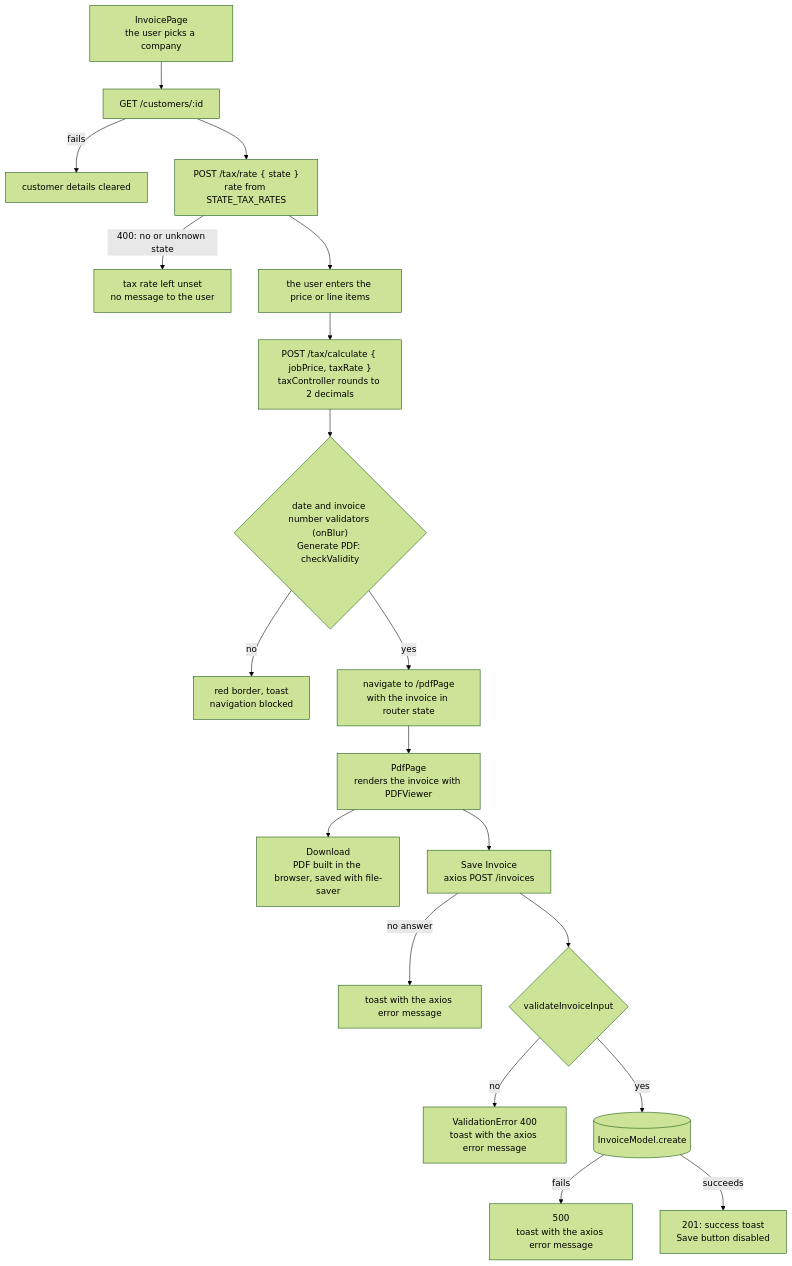
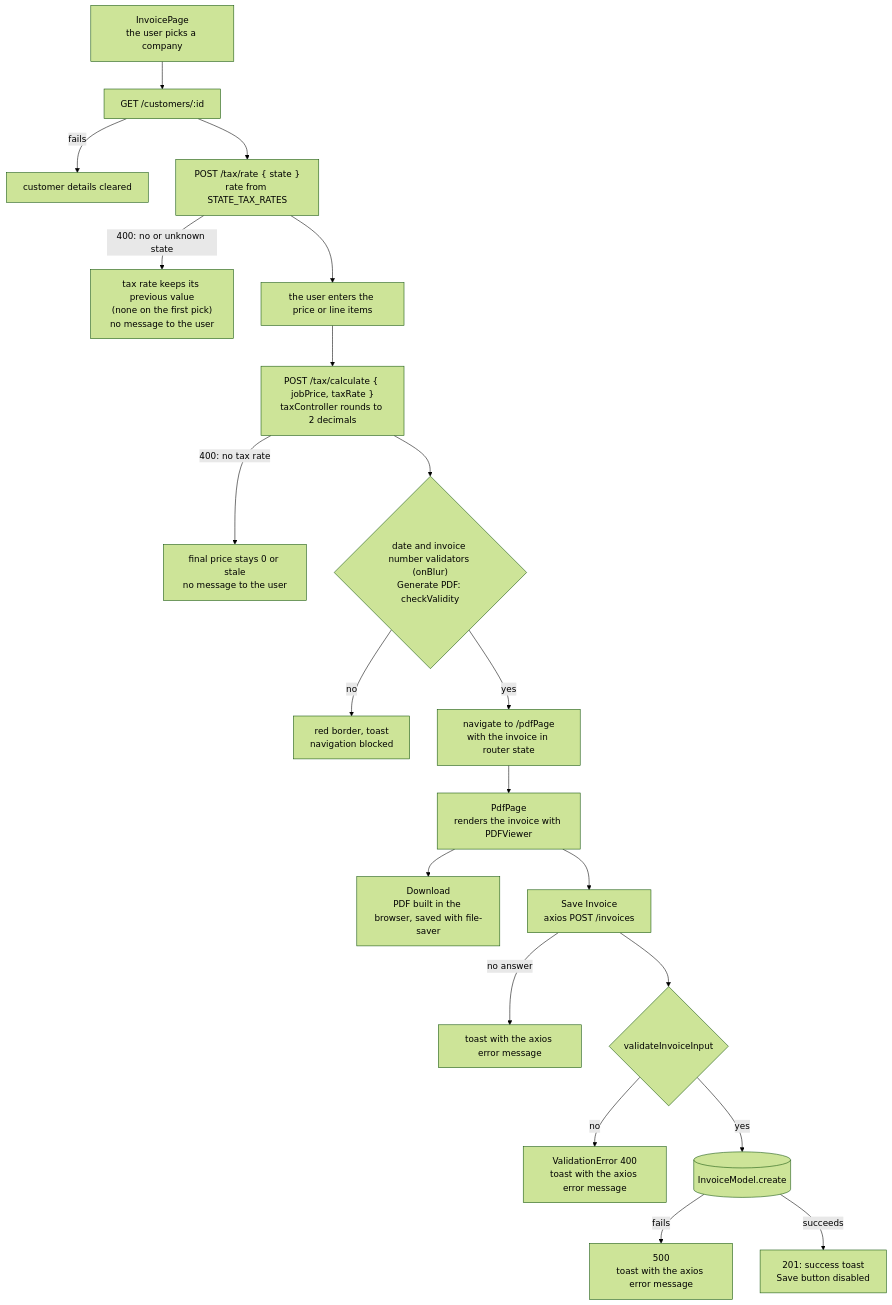
One commit to MatheusCastro99/InvoiceMe changed the second of 2 diagrams in Harness_Config/Context/DataFlow.md. Above: the diagram before and after it, drawn with Mermaid (forest theme). The commit also changed other lines of this file and 3 other files, not shown here.

````diff
--- a/Harness_Config/Context/DataFlow.md
+++ b/Harness_Config/Context/DataFlow.md
@@ -42,21 +42,22 @@
 ```mermaid
 flowchart TD
     A["InvoicePage<br/>the user picks a company"] --> B["GET /customers/:id"]
     B -- "fails" --> B1["customer details cleared"]
     B --> T["POST /tax/rate { state }<br/>rate from STATE_TAX_RATES"]
-    T -- "400: no or unknown state" --> T1["tax rate left unset<br/>no message to the user"]
+    T -- "400: no or unknown state" --> T1["tax rate keeps its previous value<br/>(none on the first pick)<br/>no message to the user"]
     T --> P["the user enters the price or line items"]
     P --> Q["POST /tax/calculate { jobPrice, taxRate }<br/>taxController rounds to 2 decimals"]
+    Q -- "400: no tax rate" --> Q1["final price stays 0 or stale<br/>no message to the user"]
     Q --> V{"date and invoice number validators (onBlur)<br/>Generate PDF: checkValidity"}
     V -- "no" --> V1["red border, toast<br/>navigation blocked"]
     V -- "yes" --> R["navigate to /pdfPage<br/>with the invoice in router state"]
     R --> PDF["PdfPage<br/>renders the invoice with PDFViewer"]
     PDF --> DL["Download<br/>PDF built in the browser, saved with file-saver"]
     PDF --> SV["Save Invoice<br/>axios POST /invoices"]
     SV -- "no answer" --> SV1["toast with the axios error message"]
     SV --> VI{"validateInvoiceInput"}
     VI -- "no" --> VI1["ValidationError 400<br/>toast with the axios error message"]
     VI -- "yes" --> M[("InvoiceModel.create")]
     M -- "fails" --> M1["500<br/>toast with the axios error message"]
     M -- "succeeds" --> OK["201: success toast<br/>Save button disabled"]
 ```
````
